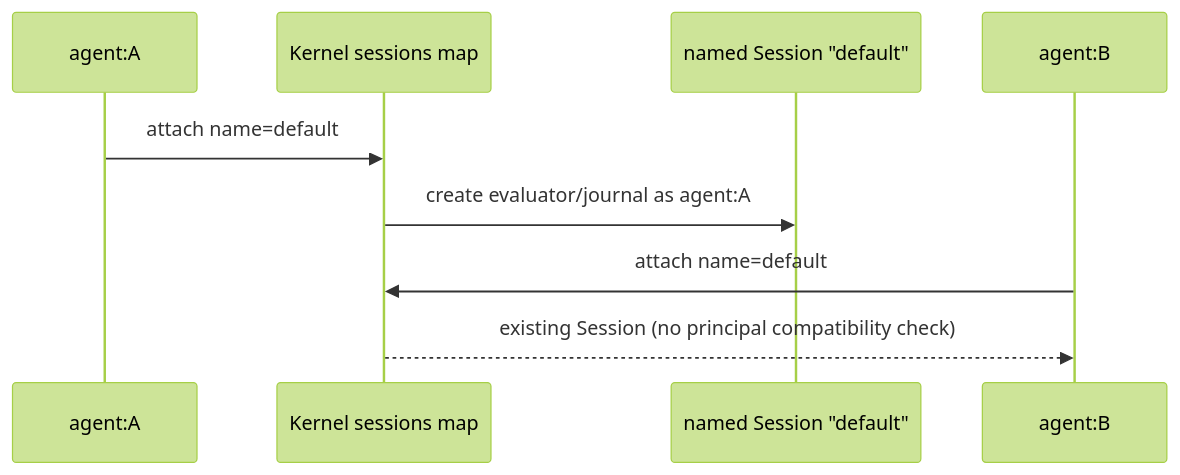
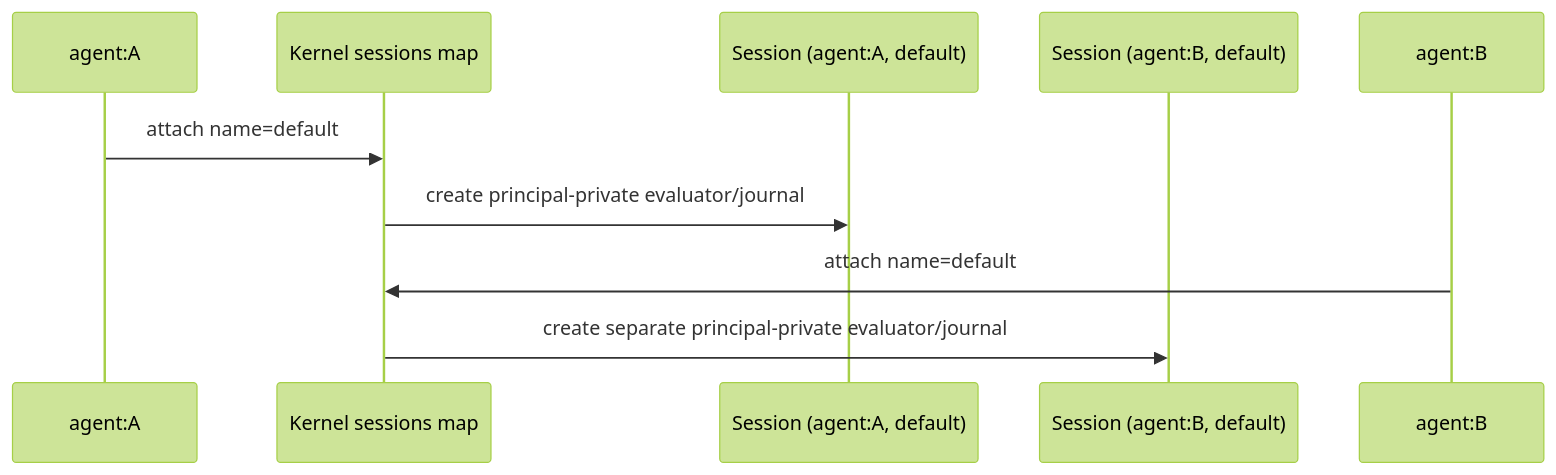
The second of 6 diagrams in site/content/internals/security-threat-model.md (alliecatowo/shoal), drawn with Mermaid (forest theme) before and after one commit. The commit also changed other lines of this file and 33 other files, not shown here.

````diff
--- a/site/content/internals/security-threat-model.md
+++ b/site/content/internals/security-threat-model.md
@@ -154,13 +148,14 @@
 ```mermaid
 sequenceDiagram
-accTitle: Named session principal hazard
-accDescr: Shows the components and relationships described in Named session principal hazard.
+accTitle: Principal-private named sessions
+accDescr: Two principals using the same visible session name receive separate owned sessions.
   participant A as agent:A
   participant K as Kernel sessions map
-  participant S as named Session "default"
+  participant SA as Session (agent:A, default)
+  participant SB as Session (agent:B, default)
   A->>K: attach name=default
-  K->>S: create evaluator/journal as agent:A
+  K->>SA: create principal-private evaluator/journal
   participant B as agent:B
   B->>K: attach name=default
-  K-->>B: existing Session (no principal compatibility check)
+  K->>SB: create separate principal-private evaluator/journal
 ```
````
